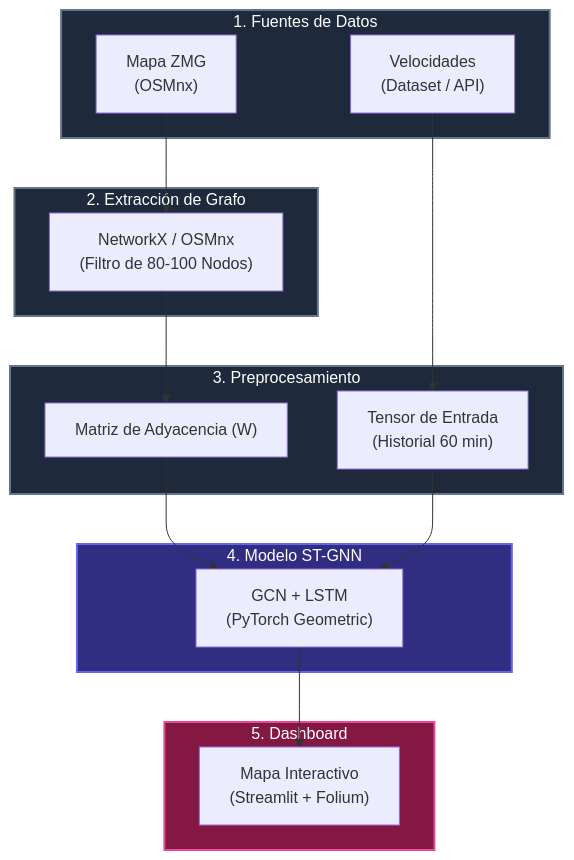
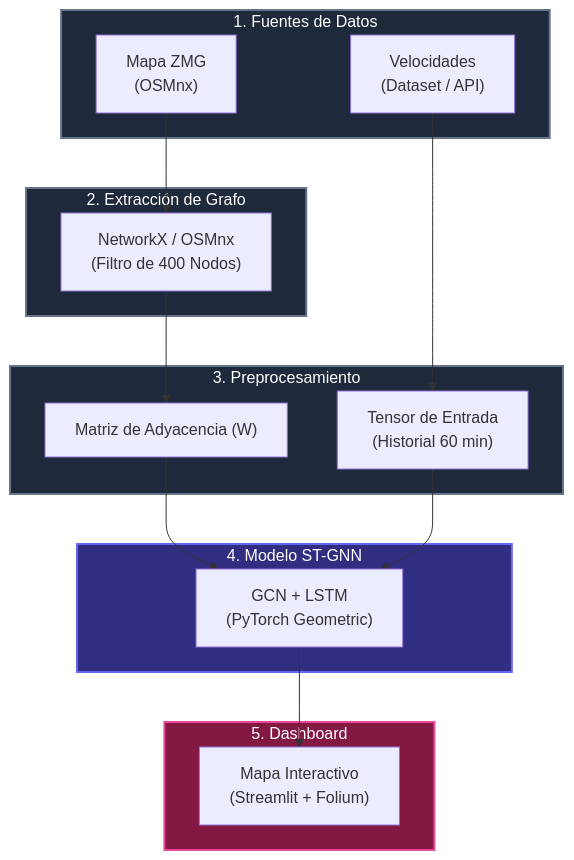
The diagram in README.md (Irving304/Prediccion_Trafico), drawn with Mermaid before and after one commit. The commit also changed other lines of this file and 7 other files, not shown here.

````diff
--- a/README.md
+++ b/README.md
@@ -37,40 +37,40 @@
 ```mermaid
 flowchart TD
     %% Estilos simples
     classDef fase fill:#1e293b,stroke:#64748b,stroke-width:2px,color:#fff
     classDef model fill:#312e81,stroke:#6366f1,stroke-width:2px,color:#fff
     classDef ui fill:#831843,stroke:#ec4899,stroke-width:2px,color:#fff
 
     subgraph PASO1["1. Fuentes de Datos"]
         A["Mapa ZMG<br/>(OSMnx)"]
         B["Velocidades<br/>(Dataset / API)"]
     end
 
     subgraph PASO2["2. Extracción de Grafo"]
-        G["NetworkX / OSMnx<br/>(Filtro de 80-100 Nodos)"]
+        G["NetworkX / OSMnx<br/>(Filtro de 400 Nodos)"]
     end
 
     subgraph PASO3["3. Preprocesamiento"]
         C["Matriz de Adyacencia (W)"]
         D["Tensor de Entrada<br/>(Historial 60 min)"]
     end
 
     subgraph PASO4["4. Modelo ST-GNN"]
         E["GCN + LSTM<br/>(PyTorch Geometric)"]
     end
 
     subgraph PASO5["5. Dashboard"]
         F["Mapa Interactivo<br/>(Streamlit + Folium)"]
     end
 
     A --> G
     G --> C
     B --> D
     C --> E
     D --> E
     E --> F
 
     class PASO1,PASO2,PASO3 fase
     class PASO4 model
     class PASO5 ui
 ```
````
